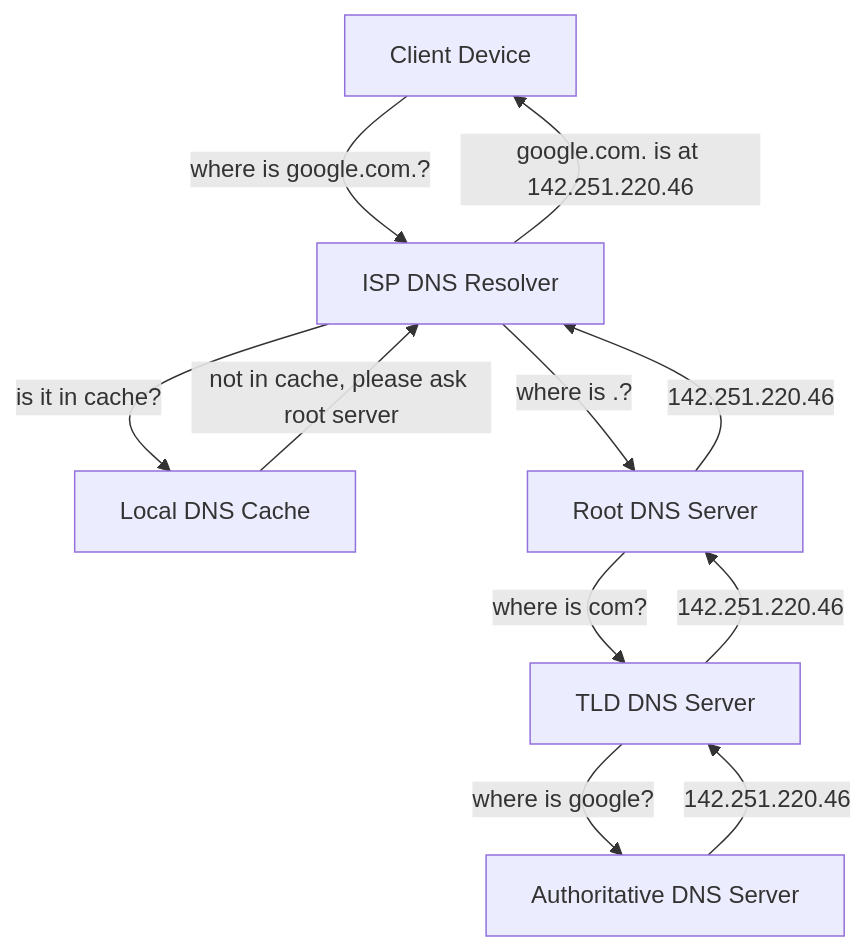
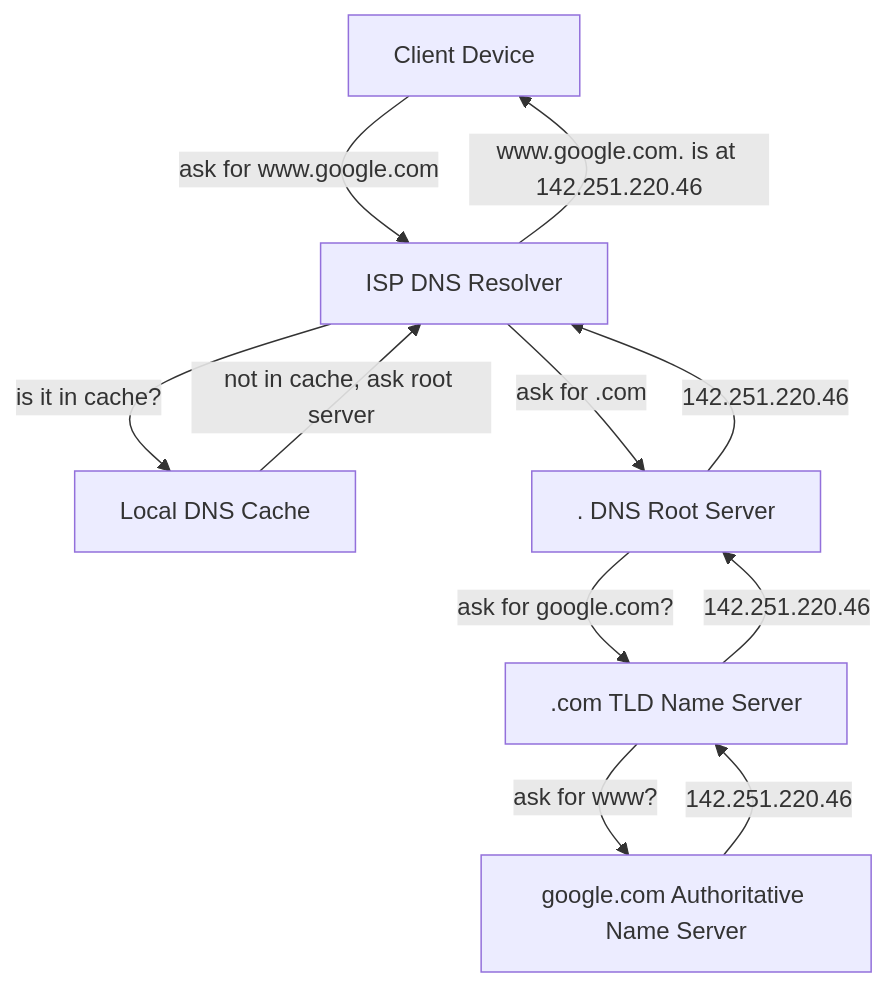
Before and after one commit to phucnguyen81/system-design-primer: the first of 2 diagrams in pages/domain-name-system.md, drawn with Mermaid.

Commit message:
Clean up domain-name-system page

````diff
--- a/pages/domain-name-system.md
+++ b/pages/domain-name-system.md
@@ -14,22 +14,22 @@
 ```mermaid!
 graph TD
 
-ClientDevice[Client Device]
-LocalDNSCache[Local DNS Cache]
-ISPDNSResolver[ISP DNS Resolver]
-RootDNSServer[Root DNS Server]
-TLDDNSServer[TLD DNS Server]
-AuthoritativeDNSServer[Authoritative DNS Server]
+Client[Client Device]
+DNSCache[Local DNS Cache]
+DNSResolver[ISP DNS Resolver]
+RootServer[. DNS Root Server]
+TLDServer[.com TLD Name Server]
+AuthoritativeDNSServer[google.com Authoritative Name Server]
 
-ClientDevice -->|where is google.com.?| ISPDNSResolver
-ISPDNSResolver -->|is it in cache?| LocalDNSCache
-LocalDNSCache -->|not in cache, please ask root server| ISPDNSResolver
+Client -->|ask for www.google.com| DNSResolver
+DNSResolver -->|is it in cache?| DNSCache
+DNSCache -->|not in cache, ask root server| DNSResolver
 
-ISPDNSResolver --> |google.com. is at 142.251.220.46|ClientDevice
-ISPDNSResolver -->|where is .?| RootDNSServer
-RootDNSServer -->|where is com?| TLDDNSServer
-TLDDNSServer -->|where is google?| AuthoritativeDNSServer
-AuthoritativeDNSServer -->|142.251.220.46| TLDDNSServer
-TLDDNSServer -->|142.251.220.46| RootDNSServer
-RootDNSServer -->|142.251.220.46| ISPDNSResolver
+DNSResolver --> |www.google.com. is at 142.251.220.46|Client
+DNSResolver -->|ask for .com| RootServer
+RootServer -->|ask for google.com?| TLDServer
+TLDServer -->|ask for www?| AuthoritativeDNSServer
+AuthoritativeDNSServer -->|142.251.220.46| TLDServer
+TLDServer -->|142.251.220.46| RootServer
+RootServer -->|142.251.220.46| DNSResolver
 ```
````
